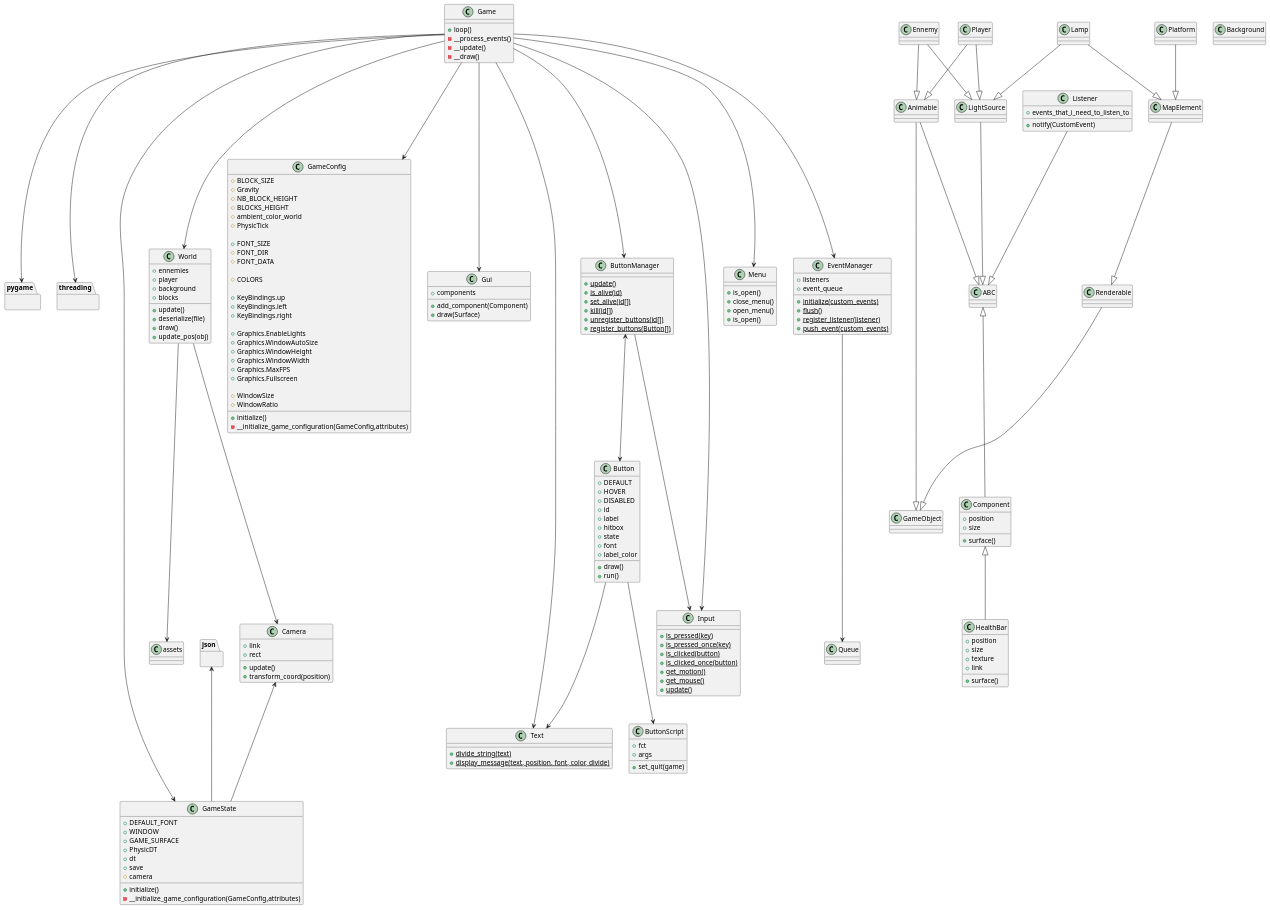
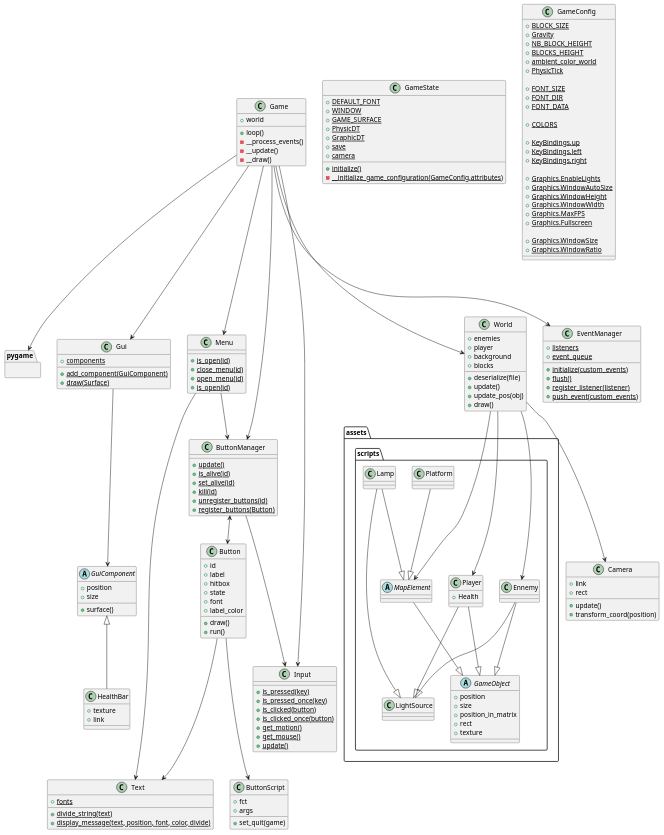
One commit to AquaBx/SlimeGame changed the diagram in uml/game.iuml. Above: the diagram before and after it, drawn with PlantUML. The commit also changed 5 other files, not shown here.

Commit message:
update game uml

```diff
--- a/uml/game.iuml
+++ b/uml/game.iuml
@@ -1,9 +1,29 @@
-@startuml Jeu
+@startuml game
 
 package pygame{}
-package json{}
-package threading{}
-class ABC{}
+
+package assets.scripts {
+    abstract GameObject{
+        + position
+        + size
+        + position_in_matrix
+        + rect
+        + texture
+    }
+    abstract MapElement{}
+
+    class LightSource{}
+
+    class Platform{}
+    class Lamp{}
+
+
+    class Player{
+        + Health
+    }
+    class Ennemy{}
+
+}
 
 class Camera {
     + link
@@ -12,52 +32,8 @@
     + transform_coord(position)
 }
 
-class GameState {
-    + DEFAULT_FONT
-    + WINDOW 
-    + GAME_SURFACE
-    + PhysicDT
-    + dt
-    + save
-    # camera
-
-    + initialize()   
-    - __initialize_game_configuration(GameConfig,attributes)
-}
-
-class GameConfig {
-    # BLOCK_SIZE
-    # Gravity 
-    # NB_BLOCK_HEIGHT
-    # BLOCKS_HEIGHT
-    # ambient_color_world
-    # PhysicTick
-
-    + FONT_SIZE
-    # FONT_DIR
-    # FONT_DATA
-
-    # COLORS
-
-    + KeyBindings.up
-    + KeyBindings.left
-    + KeyBindings.right
-    
-    +Graphics.EnableLights
-    +Graphics.WindowAutoSize
-    +Graphics.WindowHeight
-    +Graphics.WindowWidth
-    +Graphics.MaxFPS
-    +Graphics.Fullscreen
-
-    # WindowSize
-    # WindowRatio
-
-    + initialize()
-    - __initialize_game_configuration(GameConfig,attributes)
-}
-
 class Game {
+    + world
     + loop()
     - __process_events()
     - __update()
@@ -65,20 +41,17 @@
 }
 
 class Gui {
-    + components
-    + add_component(Component)
-    + draw(Surface)
+    {static} + components
+    {static} + add_component(GuiComponent)
+    {static} + draw(Surface)
 }
 
 class HealthBar{
-    + position
-    + size
     + texture
     + link
-    + surface()
 }
 
-class Component{
+abstract GuiComponent{
     + position
     + size
     + surface()
@@ -91,9 +64,6 @@
 }
 
 class Button{
-    + DEFAULT
-    + HOVER
-    + DISABLED
     + id
     + label
     + hitbox
@@ -106,97 +76,112 @@
 }
 
 class ButtonManager{
-    + {static} update()
-    + {static} is_alive(id)
-    + {static} set_alive(id[])
-    + {static} kill(id[])
-    + {static} unregister_buttons(id[])
-    + {static} register_buttons(Button[])
+    {static} + update()
+    {static} + is_alive(id)
+    {static} + set_alive(id)
+    {static} + kill(id)
+    {static} + unregister_buttons(id)
+    {static} + register_buttons(Button)
 }
 
 class World{
-    + ennemies
+    + enemies
     + player
     + background
     + blocks
+    + deserialize(file)
     + update()
-    + deserialize(file)
+    + update_pos(obj)
     + draw()
-    + update_pos(obj)
 }
 
 class Menu {
-    + is_open()
-    + close_menu()
-    + open_menu()
-    + is_open()
+    {static} + is_open(id)
+    {static} + close_menu(id)
+    {static} + open_menu(id)
+    {static} + is_open(id)
 }
 
 class Text {
-    + {static} divide_string(text)
-    + {static} display_message(text, position, font, color, divide)
+    {static} + fonts
+    {static} + divide_string(text)
+    {static} + display_message(text, position, font, color, divide)
 }
 
 class Input{
-    + {static} is_pressed(key)
-    + {static} is_pressed_once(key)
-    + {static} is_clicked(button)
-    + {static} is_clicked_once(button)
-    + {static} get_motion()
-    + {static} get_mouse()
-    + {static} update()
-}
-
-class Listener{
-    + events_that_i_need_to_listen_to
-    + notify(CustomEvent)
+    {static} + is_pressed(key)
+    {static} + is_pressed_once(key)
+    {static} + is_clicked(button)
+    {static} + is_clicked_once(button)
+    {static} + get_motion()
+    {static} + get_mouse()
+    {static} + update()
 }
 
 class EventManager{
-    + listeners
-    + event_queue
+    {static} + listeners
+    {static} + event_queue
 
-    + {static} initialize(custom_events)
-    + {static} flush()
-    + {static} register_listener(listener)
-    + {static} push_event(custom_events)
+    {static} + initialize(custom_events)
+    {static} + flush()
+    {static} + register_listener(listener)
+    {static} + push_event(custom_events)
 }
 
-class Animable{}
-class Ennemy{}
+class GameState {
+    {static} + DEFAULT_FONT
+    {static} + WINDOW 
+    {static} + GAME_SURFACE
+    {static} + PhysicDT
+    {static} + GraphicDT
+    {static} + save
+    {static} + camera
 
-class MapElement{}
-class Platform{}
-class Background{}
-class Lamp{}
+    {static} + initialize()   
+    {static} - __initialize_game_configuration(GameConfig,attributes)
+}
 
-class GameObject{}
-class LightSource{}
-class Player{}
-class Renderable{}
+class GameConfig {
+    {static} + BLOCK_SIZE
+    {static} + Gravity 
+    {static} + NB_BLOCK_HEIGHT
+    {static} + BLOCKS_HEIGHT
+    {static} + ambient_color_world
+    {static} + PhysicTick
 
-Renderable    --|> GameObject
+    {static} + FONT_SIZE
+    {static} + FONT_DIR
+    {static} + FONT_DATA
 
-Animable        --|> GameObject
-Animable        --|> ABC
+    {static} + COLORS
 
-Ennemy        --|> Animable
+    {static} + KeyBindings.up
+    {static} + KeyBindings.left
+    {static} + KeyBindings.right
+    
+    {static} + Graphics.EnableLights
+    {static} + Graphics.WindowAutoSize
+    {static} + Graphics.WindowHeight
+    {static} + Graphics.WindowWidth
+    {static} + Graphics.MaxFPS
+    {static} + Graphics.Fullscreen
+
+    {static} + Graphics.WindowSize
+    {static} + Graphics.WindowRatio
+}
+
 Ennemy        --|> LightSource
+Ennemy        --|> GameObject
 
-Player        --|> Animable
 Player        --|> LightSource
+Player        --|> GameObject
 
-LightSource    --|> ABC
-
-MapElement    --|> Renderable
+MapElement    --|> GameObject
 Platform      --|> MapElement
 Lamp          --|> MapElement
 Lamp          --|> LightSource
 
 Game          ---> pygame
-
-Listener     --|> ABC
-EventManager ---> Queue
 
 Button        ---> ButtonScript
 Button        ---> Text
@@ -204,24 +189,23 @@
 ButtonManager <--> Button
 ButtonManager ---> Input
 
-ABC           <|-- Component
-Component     <|-- HealthBar
+GuiComponent     <|-- HealthBar
 
-Camera        <--- GameState
-json          <--- GameState
+Gui ---> GuiComponent
 
-Game          ---> GameState
 Game          ---> Menu
-Game          ---> GameConfig
 Game          ---> Input
-Game          ---> Text
 Game          ---> World
-Game          ---> threading
 Game          ---> EventManager
 Game          ---> ButtonManager
 Game          ---> Gui
 
+Menu --> ButtonManager
+Menu ---> Text
+
 World         ---> Camera
-World         ---> assets
+World         ---> MapElement
+World         ---> Player
+World         ---> Ennemy
 
 @enduml
```
